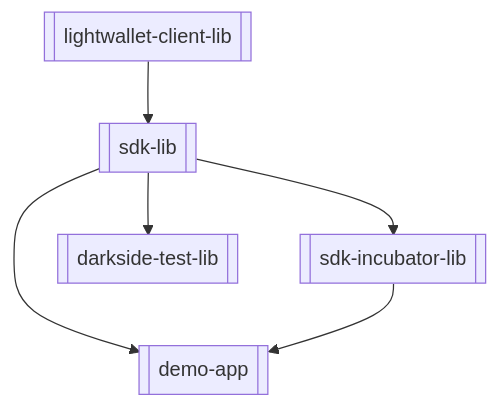
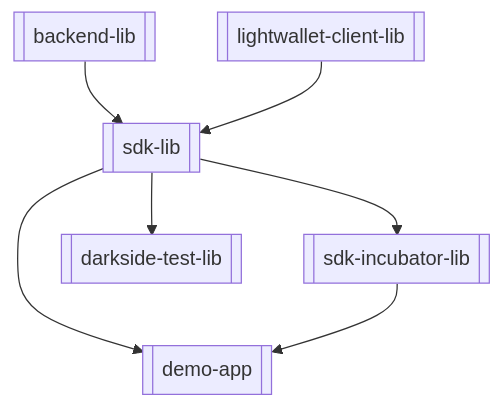
One commit to Electric-Coin-Company/zcash-android-wallet-sdk changed the diagram in docs/Architecture.md. Above: the diagram before and after it, drawn with Mermaid. The commit also changed other lines of this file and 75 other files, not shown here.

````diff
--- a/docs/Architecture.md
+++ b/docs/Architecture.md
@@ -19,8 +20,9 @@
 ```mermaid
   flowchart TB;
+      backendLib[[backend-lib]] --> sdkLib[[sdk-lib]];
       lightwalletClientLib[[lightwallet-client-lib]] --> sdkLib[[sdk-lib]];
       sdkLib[[sdk-lib]] --> demoApp[[demo-app]];
       sdkLib[[sdk-lib]] --> sdkIncubatorLib[[sdk-incubator-lib]];
       sdkIncubatorLib[[sdk-incubator-lib]] --> demoApp[[demo-app]];
       sdkLib[[sdk-lib]] --> darksideTestLib[[darkside-test-lib]];
 ```
````
